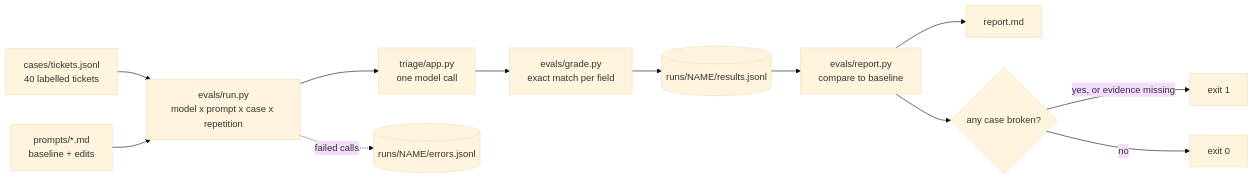
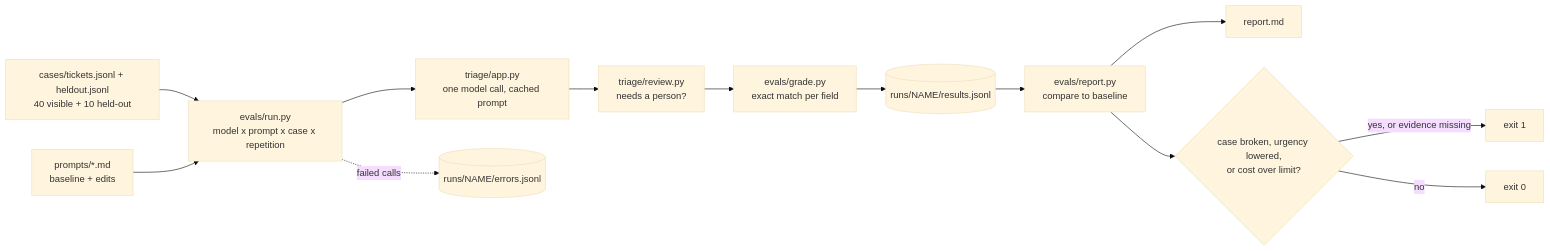
One commit to lawrence-dass/ai-engineering-lab changed the diagram in 01-prompt-regression-evals/SOLUTION.md. Above: the diagram before and after it, drawn with Mermaid (base theme). The commit also changed other lines of this file and 23 other files, not shown here.

````diff
--- a/01-prompt-regression-evals/SOLUTION.md
+++ b/01-prompt-regression-evals/SOLUTION.md
@@ -26,14 +26,15 @@
 ```mermaid
 flowchart LR
-    C[cases/tickets.jsonl<br/>40 labelled tickets] --> R
+    C[cases/tickets.jsonl + heldout.jsonl<br/>40 visible + 10 held-out] --> R
     P[prompts/*.md<br/>baseline + edits] --> R
-    R[evals/run.py<br/>model x prompt x case x repetition] --> A[triage/app.py<br/>one model call]
-    A --> G[evals/grade.py<br/>exact match per field]
+    R[evals/run.py<br/>model x prompt x case x repetition] --> A[triage/app.py<br/>one model call, cached prompt]
+    A --> RV[triage/review.py<br/>needs a person?]
+    RV --> G[evals/grade.py<br/>exact match per field]
     G --> RES[(runs/NAME/results.jsonl)]
     R -. failed calls .-> ERR[(runs/NAME/errors.jsonl)]
     RES --> REP[evals/report.py<br/>compare to baseline]
     REP --> MD[report.md]
-    REP --> EXIT{any case broken?}
+    REP --> EXIT{case broken, urgency lowered,<br/>or cost over limit?}
     EXIT -- yes, or evidence missing --> F[exit 1]
     EXIT -- no --> OK[exit 0]
 ```
````
